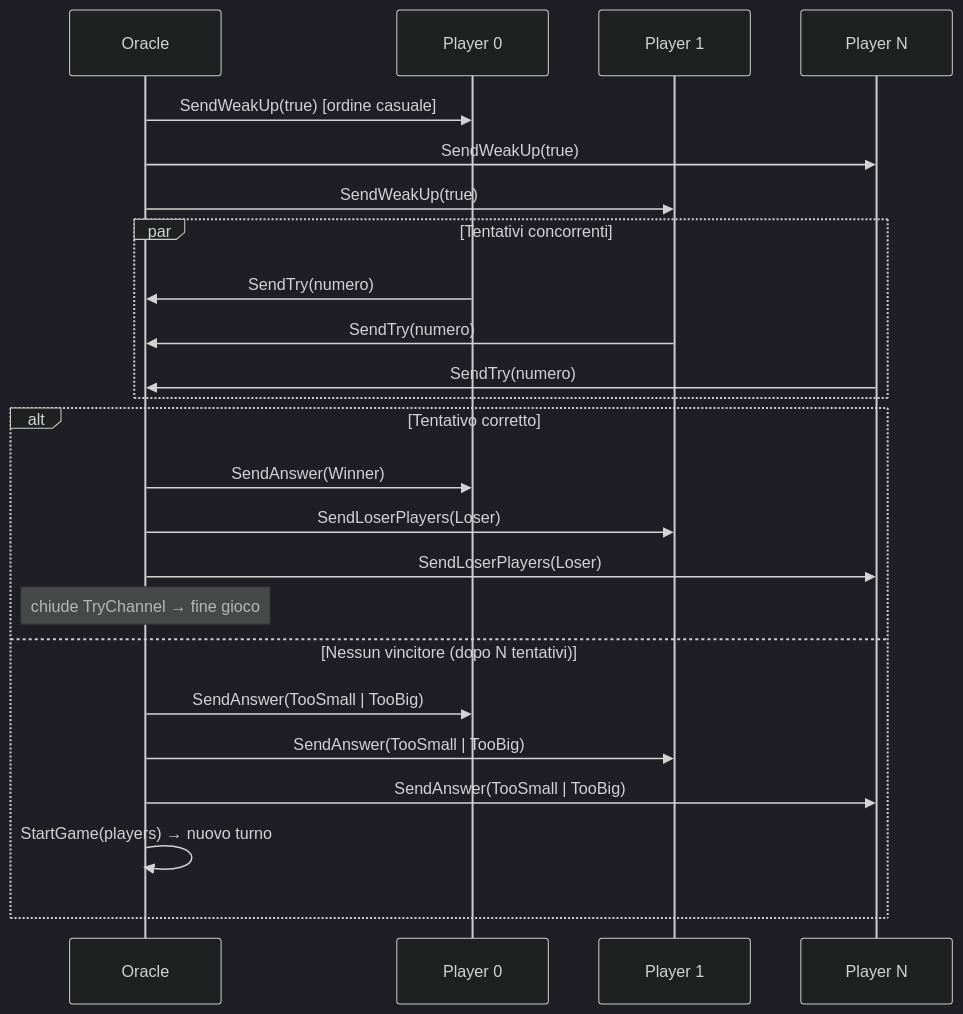
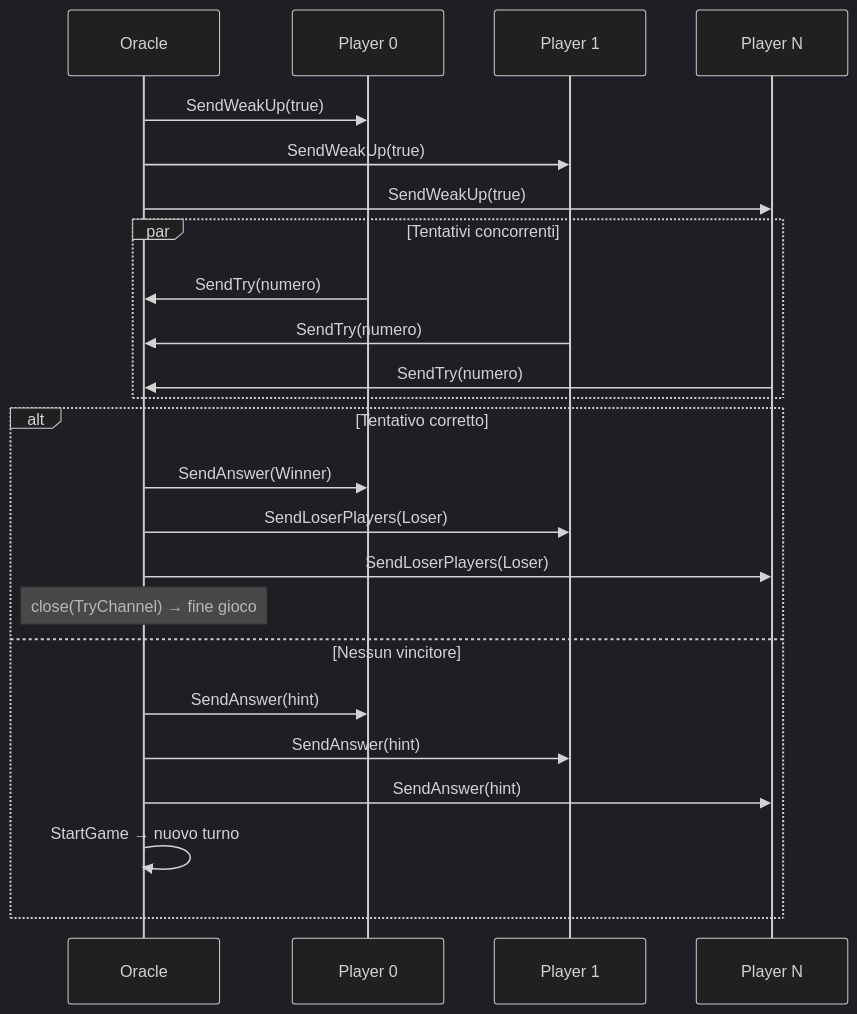
Before and after one commit to JBmanu/PCD-03: the third of 5 diagrams in guess-number/doc/report.md, drawn with Mermaid (dark theme). The commit also changed other lines of this file, not shown here.

````diff
--- a/guess-number/doc/report.md
+++ b/guess-number/doc/report.md
@@ -100,28 +81,29 @@
 ```mermaid
 sequenceDiagram
     participant O as Oracle
     participant P0 as Player 0
     participant P1 as Player 1
     participant PN as Player N
-    O ->> P0: SendWeakUp(true) [ordine casuale]
-    O ->> PN: SendWeakUp(true)
-    O ->> P1: SendWeakUp(true)
+
+    O->>P0: SendWeakUp(true)
+    O->>P1: SendWeakUp(true)
+    O->>PN: SendWeakUp(true)
 
     par Tentativi concorrenti
-        P0 ->> O: SendTry(numero)
-        P1 ->> O: SendTry(numero)
-        PN ->> O: SendTry(numero)
+        P0->>O: SendTry(numero)
+        P1->>O: SendTry(numero)
+        PN->>O: SendTry(numero)
     end
 
     alt Tentativo corretto
-        O ->> P0: SendAnswer(Winner)
-        O ->> P1: SendLoserPlayers(Loser)
-        O ->> PN: SendLoserPlayers(Loser)
-        Note over O: chiude TryChannel → fine gioco
-    else Nessun vincitore (dopo N tentativi)
-        O ->> P0: SendAnswer(TooSmall | TooBig)
-        O ->> P1: SendAnswer(TooSmall | TooBig)
-        O ->> PN: SendAnswer(TooSmall | TooBig)
-        O ->> O: StartGame(players) → nuovo turno
+        O->>P0: SendAnswer(Winner)
+        O->>P1: SendLoserPlayers(Loser)
+        O->>PN: SendLoserPlayers(Loser)
+        Note over O: close(TryChannel) → fine gioco
+    else Nessun vincitore
+        O->>P0: SendAnswer(hint)
+        O->>P1: SendAnswer(hint)
+        O->>PN: SendAnswer(hint)
+        O->>O: StartGame → nuovo turno
     end
 ```
````
